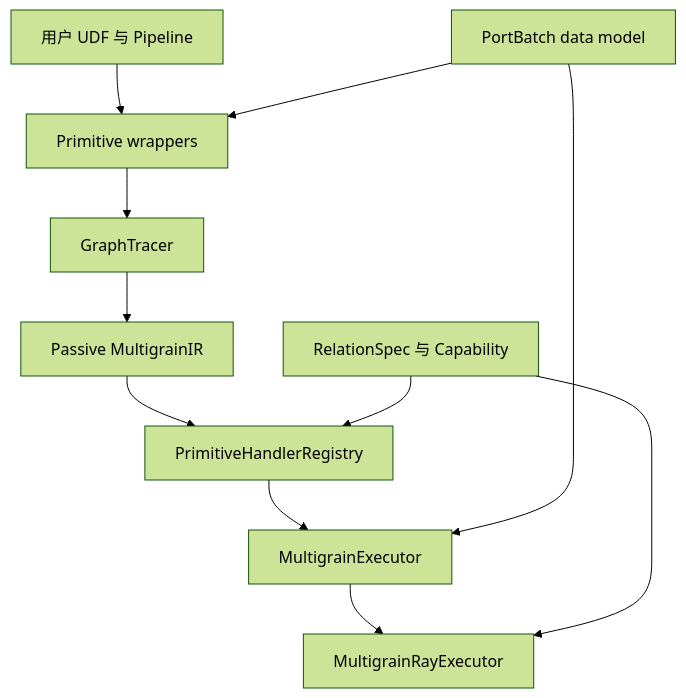
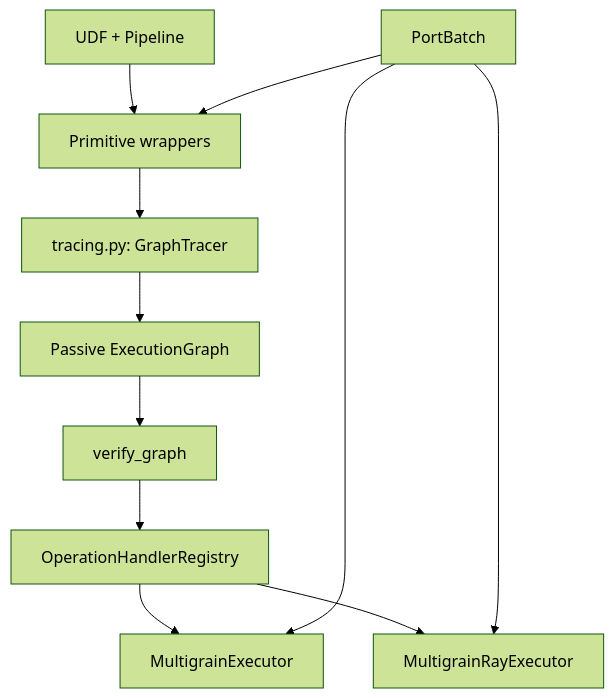
The first of 2 diagrams in rayorch/experimental/multigrain/docs/overview.md (OpenDCAI/RayOrch), drawn with Mermaid (forest theme) before and after one commit. The commit also changed other lines of this file and 61 other files, not shown here.

First line of the commit message:
refactor: replace multigrain IR with minimal execution graph

````diff
--- a/rayorch/experimental/multigrain/docs/overview.md
+++ b/rayorch/experimental/multigrain/docs/overview.md
@@ -50,14 +28,13 @@
 ```mermaid
 flowchart TD
-    User["用户 UDF 与 Pipeline"] --> Primitive["Primitive wrappers"]
-    Primitive --> Trace["GraphTracer"]
-    Trace --> PassiveIR["Passive MultigrainIR"]
-    PassiveIR --> Handler["PrimitiveHandlerRegistry"]
+    User["UDF + Pipeline"] --> Primitive["Primitive wrappers"]
+    Primitive --> Trace["tracing.py: GraphTracer"]
+    Trace --> Graph["Passive ExecutionGraph"]
+    Graph --> Verify["verify_graph"]
+    Verify --> Handler["OperationHandlerRegistry"]
     Handler --> Local["MultigrainExecutor"]
-    Local --> RayBackend["MultigrainRayExecutor"]
-
-    Batch["PortBatch data model"] --> Primitive
+    Handler --> Ray["MultigrainRayExecutor"]
+    Batch["PortBatch"] --> Primitive
     Batch --> Local
-    Contract["RelationSpec 与 Capability"] --> Handler
-    Contract --> RayBackend
+    Batch --> Ray
 ```
````
